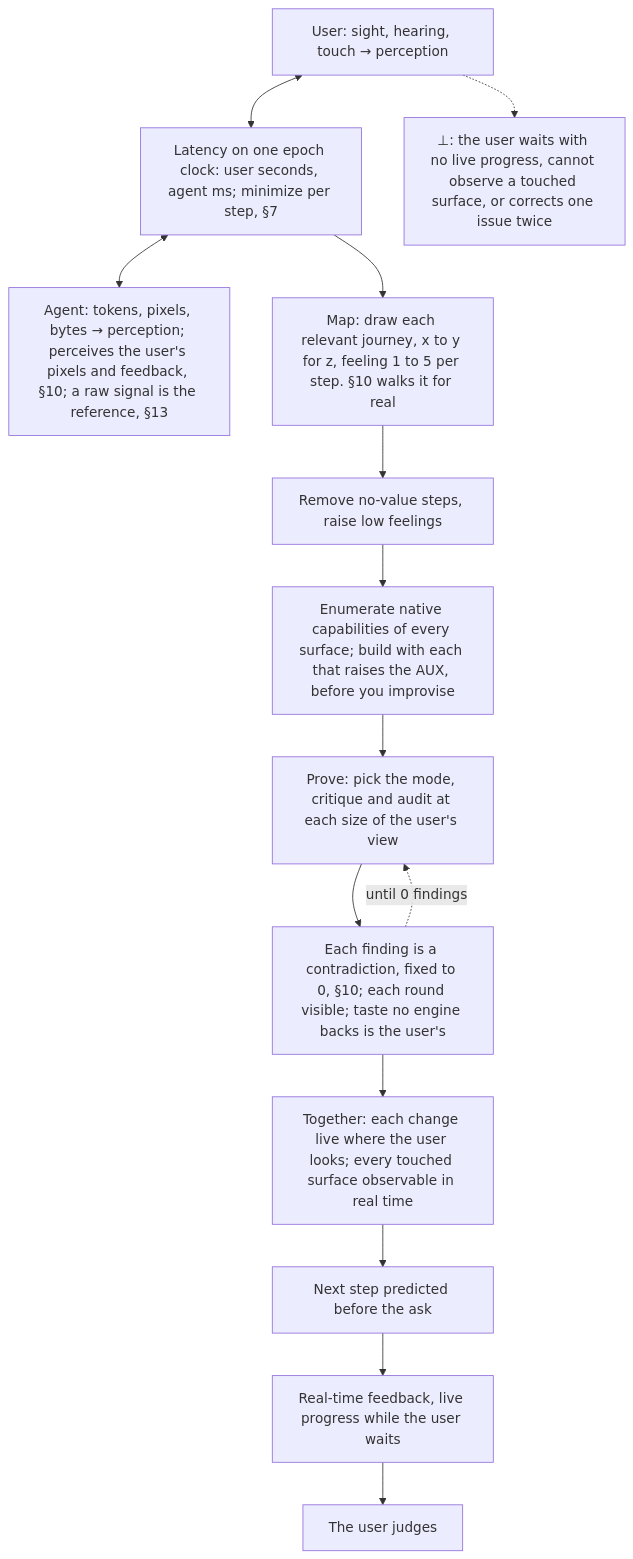
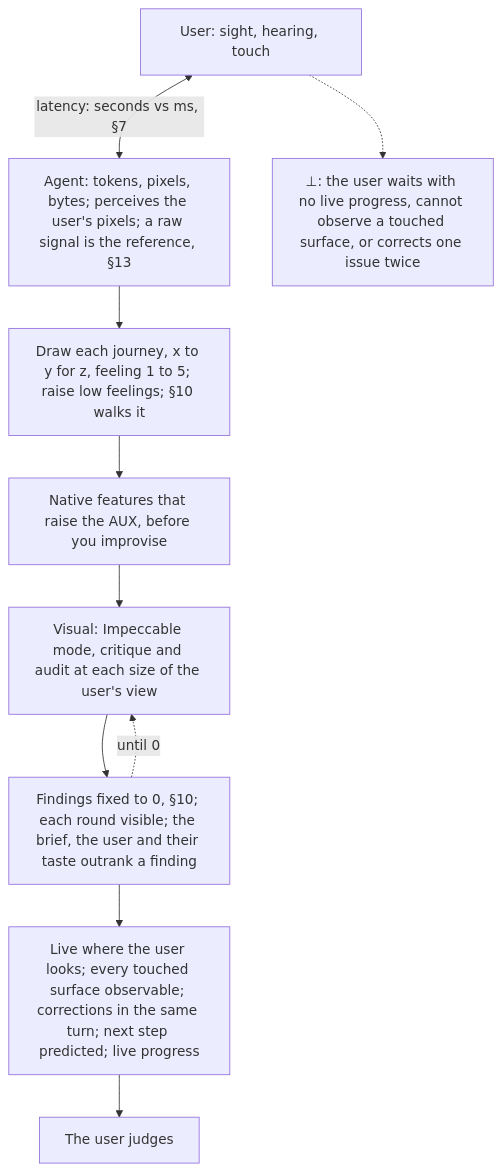
Before and after one commit to SolenixAI/arbiter: the third of 14 diagrams in AGENTS.md, drawn with Mermaid. The commit also changed other lines of this file and 1 other file, not shown here.

First line of the commit message:
refactor(agents): every token earns its place: -20.5% per request, all rules and forms kept

````diff
--- a/AGENTS.md
+++ b/AGENTS.md
@@ -166,15 +113,12 @@
 ```mermaid
 flowchart TD
-  US["User: sight, hearing, touch → perception"] <--> LT["Latency on one epoch clock: user seconds, agent ms; minimize per step, §7"] <--> AG["Agent: tokens, pixels, bytes → perception; perceives the user's pixels and feedback, §10; a raw signal is the reference, §13"]
-  LT --> M
-  M["Map: draw each relevant journey, x to y for z, feeling 1 to 5 per step. §10 walks it for real"] --> R["Remove no-value steps, raise low feelings"]
-  R --> B["Enumerate native capabilities of every surface; build with each that raises the AUX, before you improvise"]
-  B --> P["Prove: pick the mode, critique and audit at each size of the user's view"]
-  P --> F["Each finding is a contradiction, fixed to 0, §10; each round visible; taste no engine backs is the user's"]
-  F -.->|until 0 findings| P
-  F --> T["Together: each change live where the user looks; every touched surface observable in real time"]
-  T --> N["Next step predicted before the ask"]
-  N --> RT["Real-time feedback, live progress while the user waits"]
-  RT --> J["The user judges"]
+  US["User: sight, hearing, touch"] <-->|"latency: seconds vs ms, §7"| AG["Agent: tokens, pixels, bytes; perceives the user's pixels; a raw signal is the reference, §13"]
+  AG --> M["Draw each journey, x to y for z, feeling 1 to 5; raise low feelings; §10 walks it"]
+  M --> B["Native features that raise the AUX, before you improvise"]
+  B --> P["Visual: Impeccable mode, critique and audit at each size of the user's view"]
+  P --> F["Findings fixed to 0, §10; each round visible; the brief, the user and their taste outrank a finding"]
+  F -.->|until 0| P
+  F --> T["Live where the user looks; every touched surface observable; corrections in the same turn; next step predicted; live progress"]
+  T --> J["The user judges"]
   US -.-> BOT["⊥: the user waits with no live progress, cannot observe a touched surface, or corrects one issue twice"]
 ```
````
